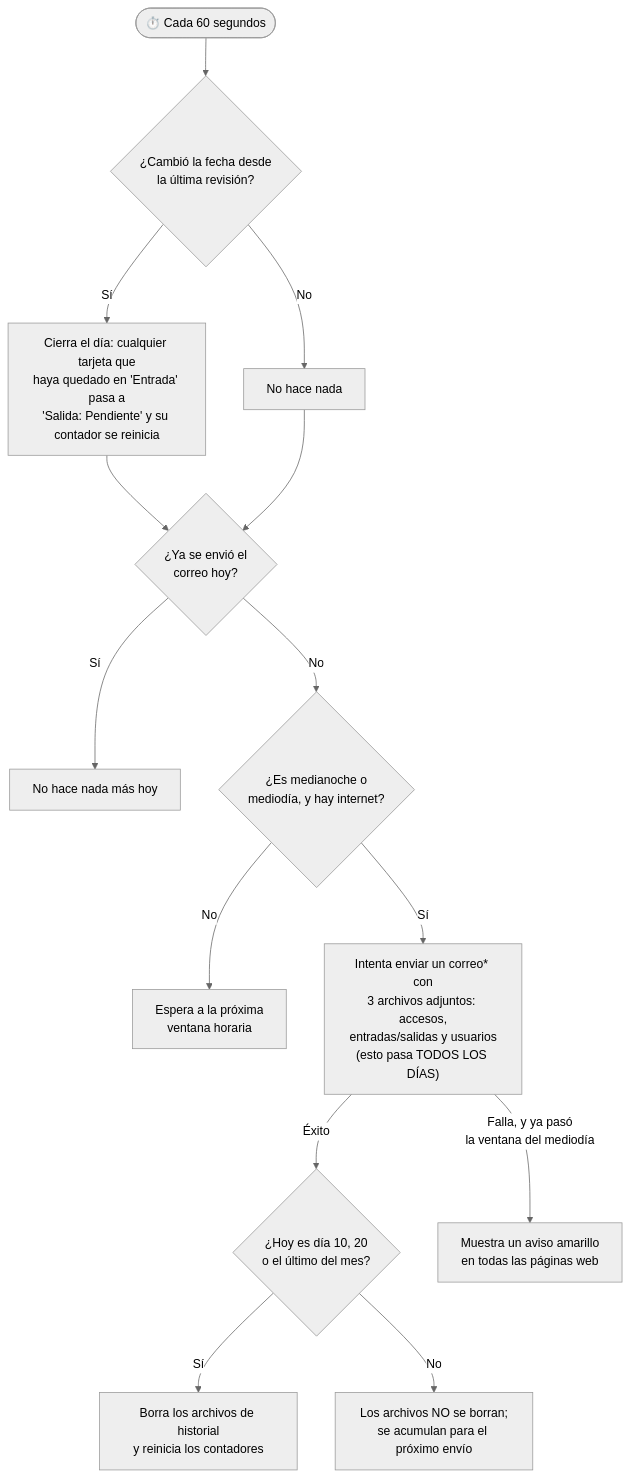
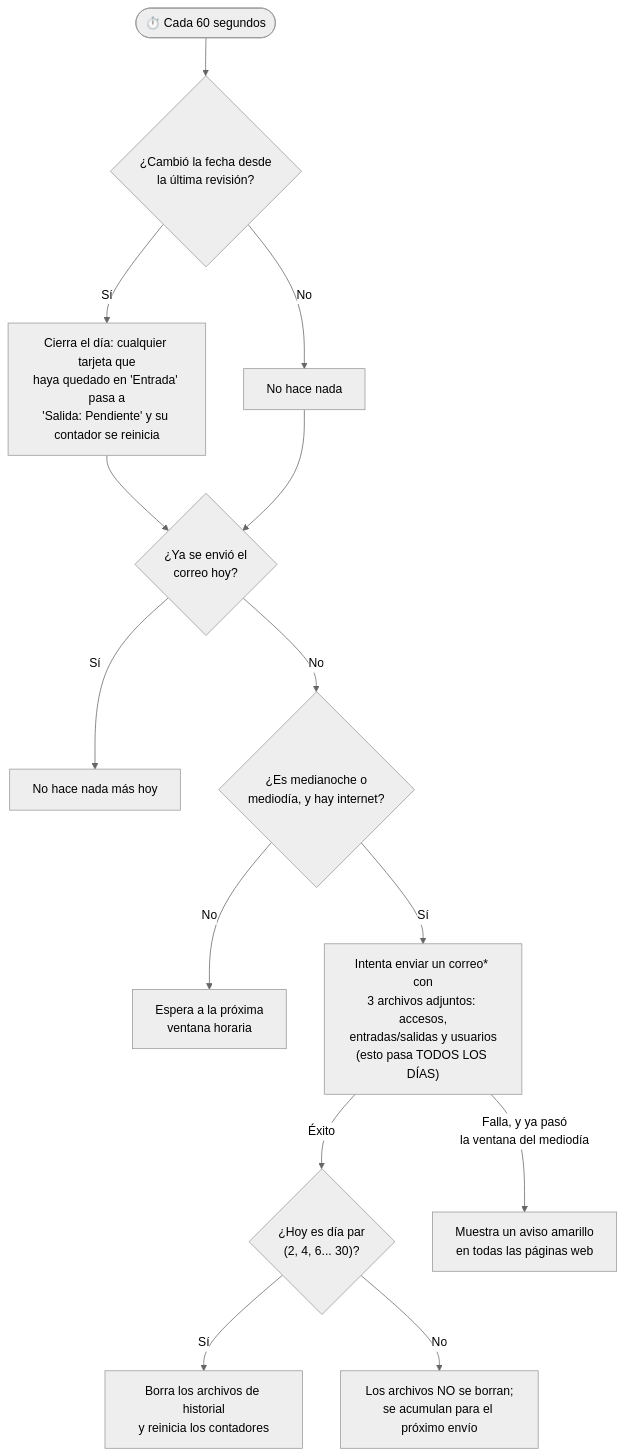
Before and after one commit to daniel2048f/TarjetasNFC: the third of 3 diagrams in CODIGO.md, drawn with Mermaid (neutral theme). The commit also changed other lines of this file and 4 other files, not shown here.

````diff
--- a/CODIGO.md
+++ b/CODIGO.md
@@ -615,16 +654,16 @@
 ```mermaid
 flowchart TD
     S(["⏱️ Cada 60 segundos"]) --> T{"¿Cambió la fecha desde<br>la última revisión?"}
     T -- Sí --> U["Cierra el día: cualquier tarjeta que<br>haya quedado en 'Entrada' pasa a<br>'Salida: Pendiente' y su contador se reinicia"]
     T -- No --> V["No hace nada"]
     U --> W{"¿Ya se envió el<br>correo hoy?"}
     V --> W
     W -- Sí --> Y1["No hace nada más hoy"]
     W -- No --> W2{"¿Es medianoche o<br>mediodía, y hay internet?"}
     W2 -- No --> Y2["Espera a la próxima<br>ventana horaria"]
     W2 -- Sí --> X["Intenta enviar un correo* con<br>3 archivos adjuntos: accesos,<br>entradas/salidas y usuarios<br>(esto pasa TODOS LOS DÍAS)"]
-    X -- Éxito --> AB{"¿Hoy es día 10, 20<br>o el último del mes?"}
+    X -- Éxito --> AB{"¿Hoy es día par<br>(2, 4, 6... 30)?"}
     AB -- Sí --> Z["Borra los archivos de historial<br>y reinicia los contadores"]
     AB -- No --> AC["Los archivos NO se borran;<br>se acumulan para el próximo envío"]
     X -- "Falla, y ya pasó<br>la ventana del mediodía" --> AA["Muestra un aviso amarillo<br>en todas las páginas web"]
 ```
````
